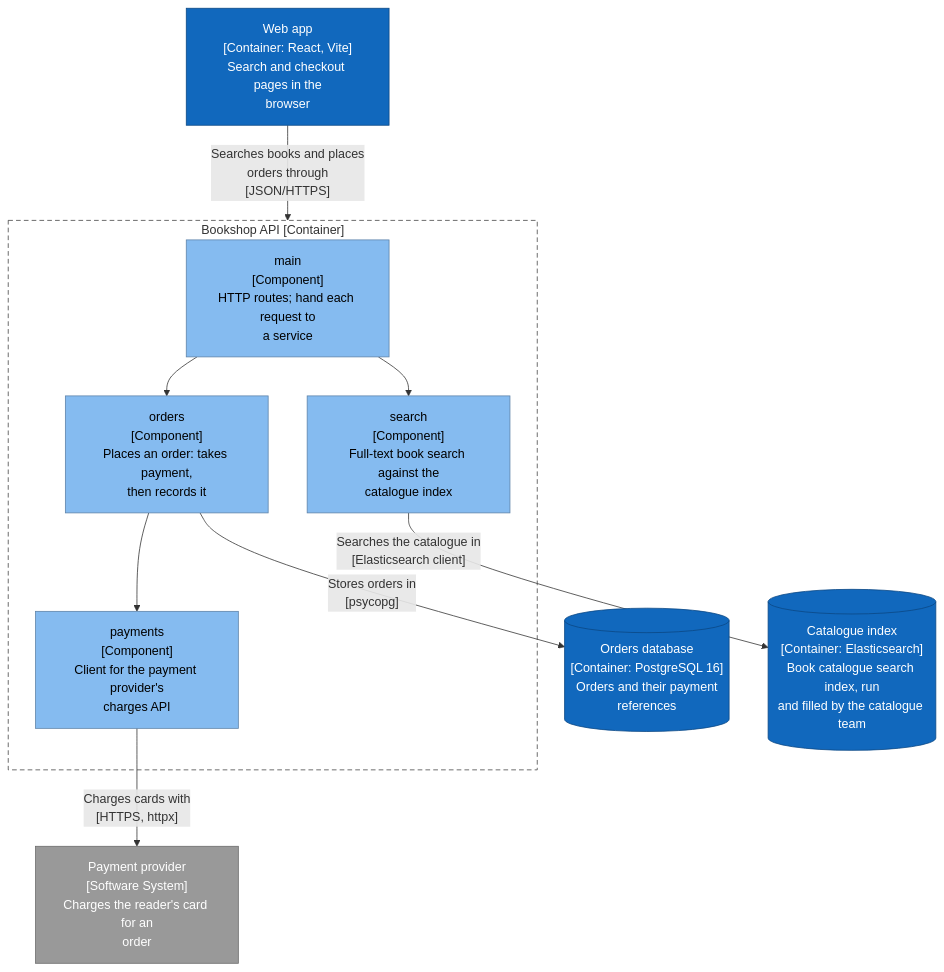
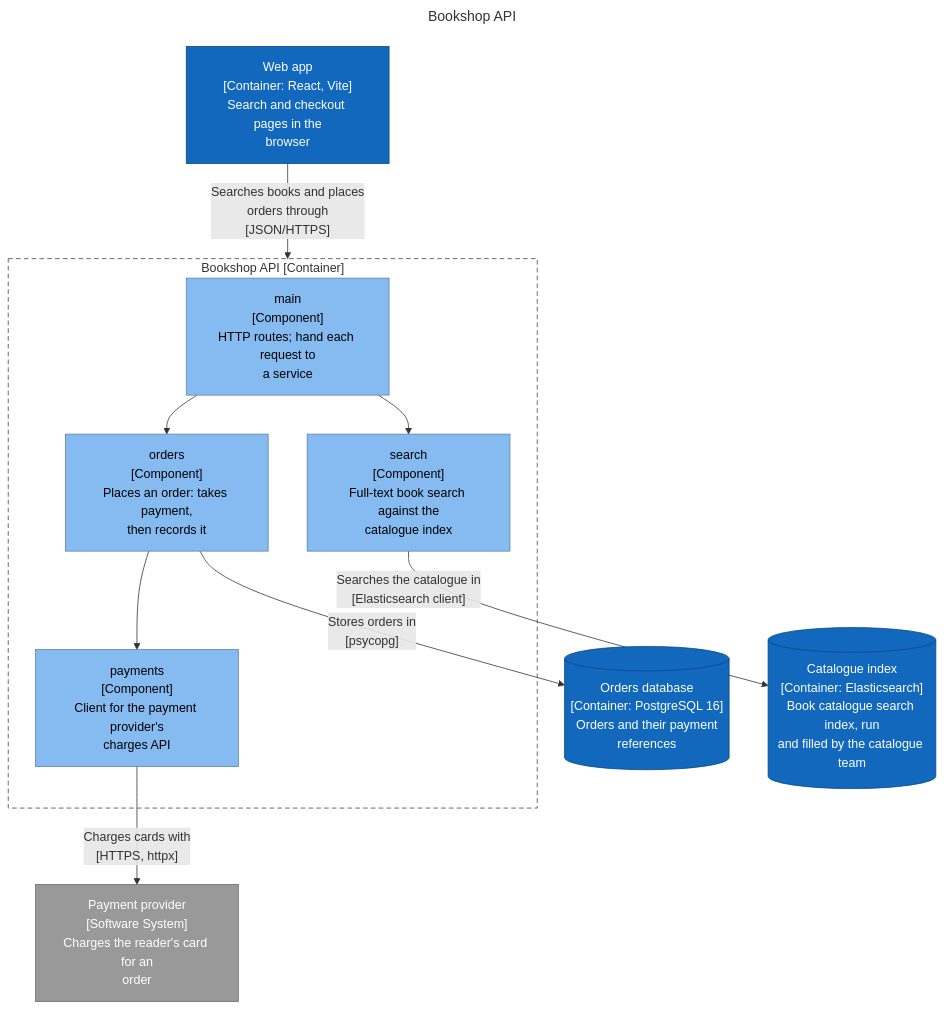
Before and after one commit to ythalorossy/architecture-skills: the third of 8 diagrams in examples/bookshop/ArchitectureReport.md, drawn with Mermaid. The commit also changed other lines of this file and 56 other files, not shown here.

First line of the commit message:
feat(c4): title every diagram and add one Key to the report

````diff
--- a/examples/bookshop/ArchitectureReport.md
+++ b/examples/bookshop/ArchitectureReport.md
@@ -125,30 +146,33 @@
 ```mermaid
+---
+title: "Bookshop API"
+---
 flowchart TB
     subgraph boundary["Bookshop API [Container]"]
         bookshop_main["main<br/>[Component]<br/>HTTP routes; hand each request to<br/>a service"]
         bookshop_orders["orders<br/>[Component]<br/>Places an order: takes payment,<br/>then records it"]
         bookshop_payments["payments<br/>[Component]<br/>Client for the payment provider's<br/>charges API"]
         bookshop_search["search<br/>[Component]<br/>Full-text book search against the<br/>catalogue index"]
     end
     bookshop_main --> bookshop_orders
     bookshop_main --> bookshop_search
     bookshop_orders --> bookshop_payments
     db_elasticsearch[("Catalogue index<br/>[Container: Elasticsearch]<br/>Book catalogue search index, run<br/>and filled by the catalogue team")]
     bookshop_search -->|"Searches the catalogue in<br/>[Elasticsearch client]"| db_elasticsearch
     db_postgresql[("Orders database<br/>[Container: PostgreSQL 16]<br/>Orders and their payment<br/>references")]
     bookshop_orders -->|"Stores orders in<br/>[psycopg]"| db_postgresql
     ext_payments_example["Payment provider<br/>[Software System]<br/>Charges the reader's card for an<br/>order"]
     bookshop_payments -->|"Charges cards with<br/>[HTTPS, httpx]"| ext_payments_example
     bookshop_web["Web app<br/>[Container: React, Vite]<br/>Search and checkout pages in the<br/>browser"]
     bookshop_web -->|"Searches books and places<br/>orders through<br/>[JSON/HTTPS]"| boundary
     classDef person fill:#08427b,stroke:#052e56,color:#ffffff
     classDef container fill:#1168bd,stroke:#0b4884,color:#ffffff
     classDef system fill:#1168bd,stroke:#0b4884,color:#ffffff
     classDef component fill:#85bbf0,stroke:#5d82a8,color:#000000
     classDef external fill:#999999,stroke:#6b6b6b,color:#ffffff
     classDef shared fill:#dbe9f6,stroke:#5d82a8,color:#000000,stroke-dasharray:4 3
     class bookshop_main,bookshop_orders,bookshop_payments,bookshop_search component
     class db_elasticsearch,db_postgresql,bookshop_web container
     class ext_payments_example external
     style boundary fill:none,stroke:#444444,stroke-dasharray:6 4
 ```
````
